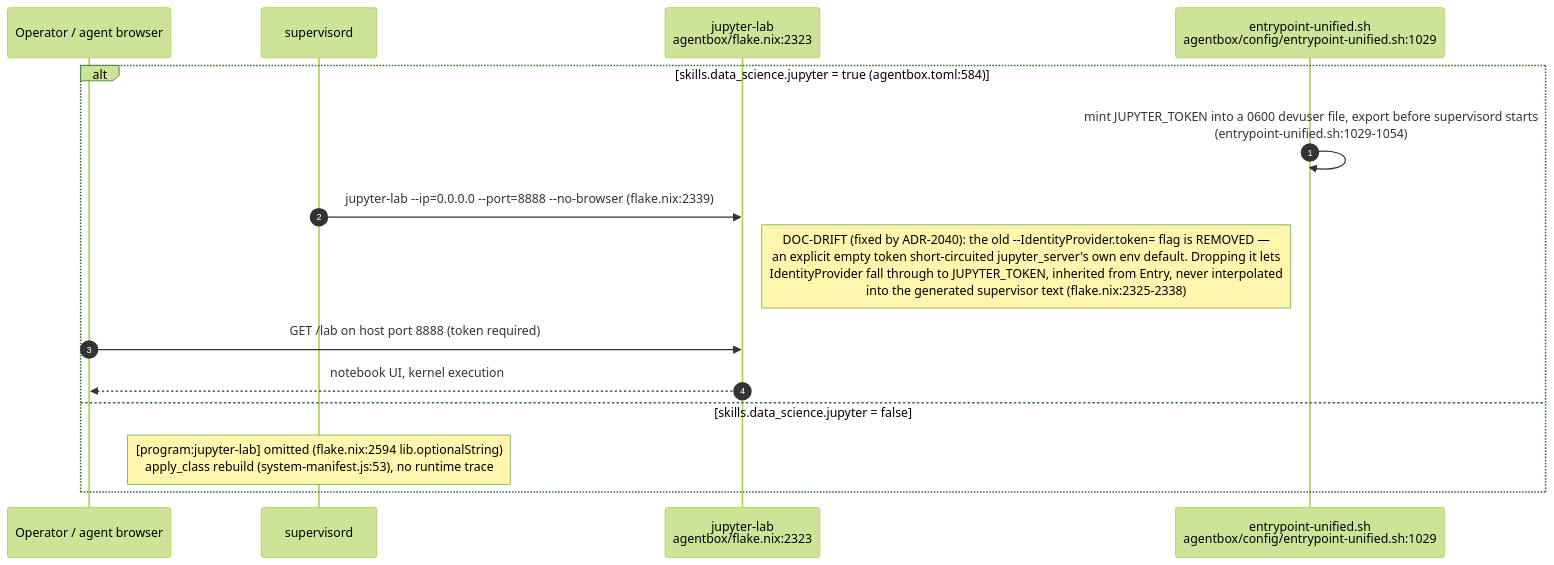
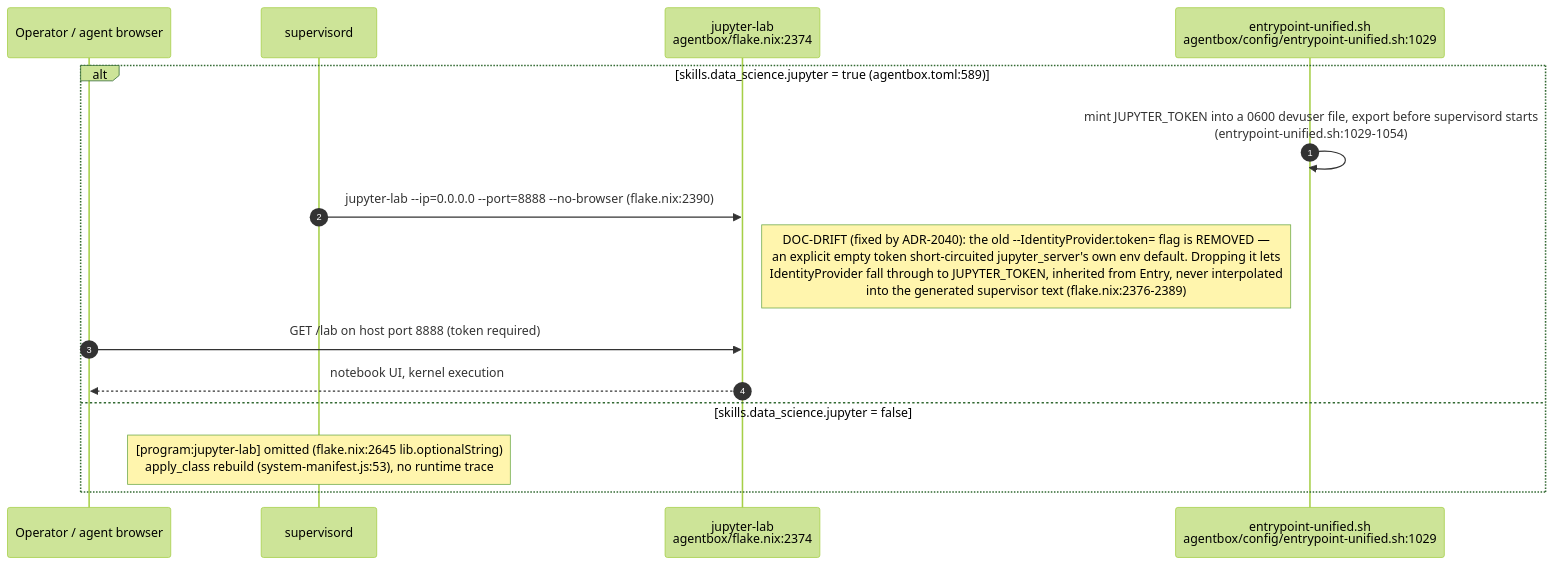
Before and after one commit to DreamLab-AI/VisionFlow: the fifth of 13 diagrams in docs/diagrams/agentbox/27-media-gpu-capability-services.md, drawn with Mermaid (forest theme). The commit also changed other lines of this file and 80 other files, not shown here.

First line of the commit message:
docs(diagrams): re-verify the agentbox, dreamlab, estate and visionflow corpus against current sources

````diff
--- a/docs/diagrams/agentbox/27-media-gpu-capability-services.md
+++ b/docs/diagrams/agentbox/27-media-gpu-capability-services.md
@@ -185,18 +185,18 @@
 ```mermaid
 sequenceDiagram
     autonumber
     participant Op as Operator / agent browser
     participant Sup as supervisord
-    participant Lab as jupyter-lab<br/>agentbox/flake.nix:2323
+    participant Lab as jupyter-lab<br/>agentbox/flake.nix:2374
     participant Entry as entrypoint-unified.sh<br/>agentbox/config/entrypoint-unified.sh:1029
 
-    alt skills.data_science.jupyter = true (agentbox.toml:584)
+    alt skills.data_science.jupyter = true (agentbox.toml:589)
         Entry->>Entry: mint JUPYTER_TOKEN into a 0600 devuser file, export before supervisord starts<br/>(entrypoint-unified.sh:1029-1054)
-        Sup->>Lab: jupyter-lab --ip=0.0.0.0 --port=8888 --no-browser (flake.nix:2339)
-        Note right of Lab: DOC-DRIFT (fixed by ADR-2040): the old --IdentityProvider.token= flag is REMOVED —<br/>an explicit empty token short-circuited jupyter_server's own env default. Dropping it lets<br/>IdentityProvider fall through to JUPYTER_TOKEN, inherited from Entry, never interpolated<br/>into the generated supervisor text (flake.nix:2325-2338)
+        Sup->>Lab: jupyter-lab --ip=0.0.0.0 --port=8888 --no-browser (flake.nix:2390)
+        Note right of Lab: DOC-DRIFT (fixed by ADR-2040): the old --IdentityProvider.token= flag is REMOVED —<br/>an explicit empty token short-circuited jupyter_server's own env default. Dropping it lets<br/>IdentityProvider fall through to JUPYTER_TOKEN, inherited from Entry, never interpolated<br/>into the generated supervisor text (flake.nix:2376-2389)
         Op->>Lab: GET /lab on host port 8888 (token required)
         Lab-->>Op: notebook UI, kernel execution
     else skills.data_science.jupyter = false
-        Note over Sup: [program:jupyter-lab] omitted (flake.nix:2594 lib.optionalString)<br/>apply_class rebuild (system-manifest.js:53), no runtime trace
+        Note over Sup: [program:jupyter-lab] omitted (flake.nix:2645 lib.optionalString)<br/>apply_class rebuild (system-manifest.js:53), no runtime trace
     end
 ```
````
